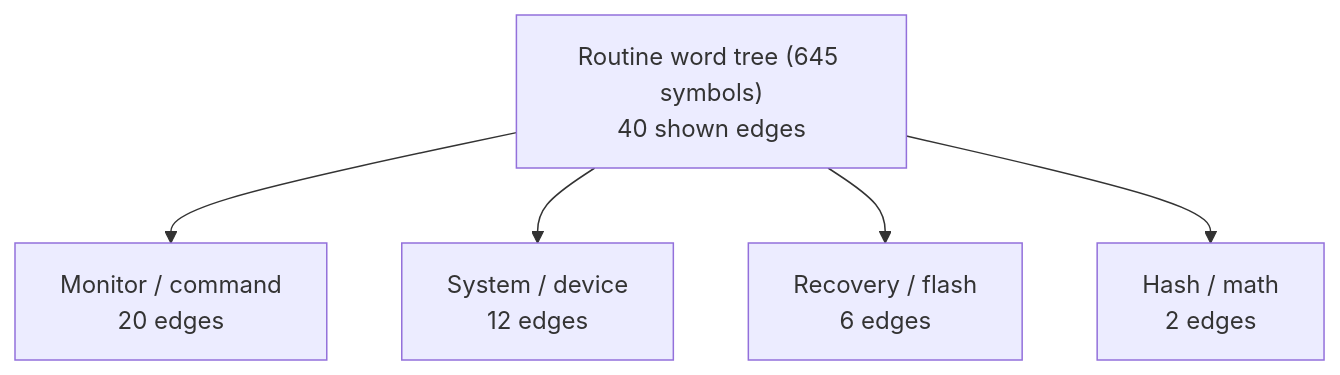
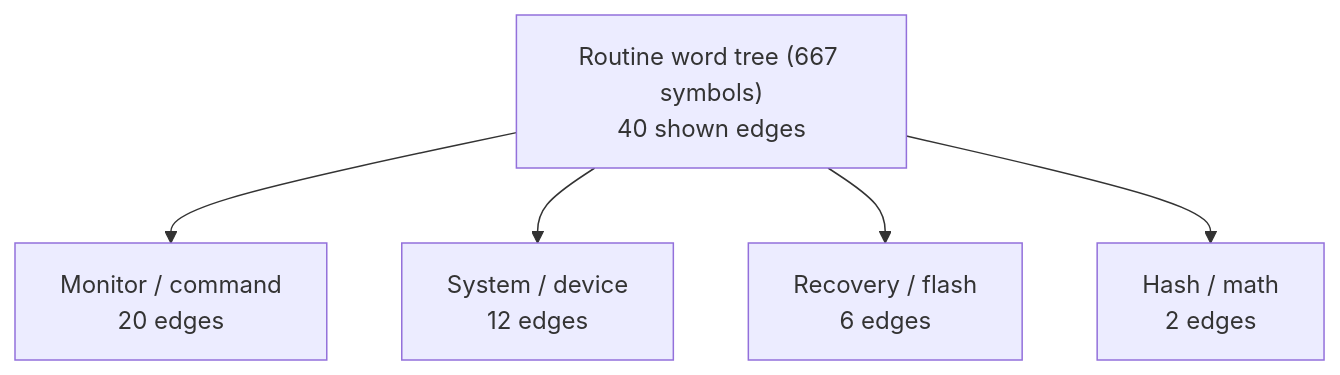
The first of 6 diagrams in DOC/GENERATED/ROUTINE_WORD_TREE.md (95westus/R-YORS), drawn with Mermaid before and after one commit. The commit also changed other lines of this file and 40 other files, not shown here.

````diff
--- a/DOC/GENERATED/ROUTINE_WORD_TREE.md
+++ b/DOC/GENERATED/ROUTINE_WORD_TREE.md
@@ -16,7 +16,7 @@
 ```mermaid
 flowchart TD
-    MAP_ROOT_ROUTINE_WORD_TREE__645_SYMBOLS_["Routine word tree (645 symbols)<br/>40 shown edges"] --> MAP_FAMILY_MONITOR___COMMAND["Monitor / command<br/>20 edges"]
-    MAP_ROOT_ROUTINE_WORD_TREE__645_SYMBOLS_["Routine word tree (645 symbols)<br/>40 shown edges"] --> MAP_FAMILY_SYSTEM___DEVICE["System / device<br/>12 edges"]
-    MAP_ROOT_ROUTINE_WORD_TREE__645_SYMBOLS_["Routine word tree (645 symbols)<br/>40 shown edges"] --> MAP_FAMILY_RECOVERY___FLASH["Recovery / flash<br/>6 edges"]
-    MAP_ROOT_ROUTINE_WORD_TREE__645_SYMBOLS_["Routine word tree (645 symbols)<br/>40 shown edges"] --> MAP_FAMILY_HASH___MATH["Hash / math<br/>2 edges"]
+    MAP_ROOT_ROUTINE_WORD_TREE__667_SYMBOLS_["Routine word tree (667 symbols)<br/>40 shown edges"] --> MAP_FAMILY_MONITOR___COMMAND["Monitor / command<br/>20 edges"]
+    MAP_ROOT_ROUTINE_WORD_TREE__667_SYMBOLS_["Routine word tree (667 symbols)<br/>40 shown edges"] --> MAP_FAMILY_SYSTEM___DEVICE["System / device<br/>12 edges"]
+    MAP_ROOT_ROUTINE_WORD_TREE__667_SYMBOLS_["Routine word tree (667 symbols)<br/>40 shown edges"] --> MAP_FAMILY_RECOVERY___FLASH["Recovery / flash<br/>6 edges"]
+    MAP_ROOT_ROUTINE_WORD_TREE__667_SYMBOLS_["Routine word tree (667 symbols)<br/>40 shown edges"] --> MAP_FAMILY_HASH___MATH["Hash / math<br/>2 edges"]
 ```
````
